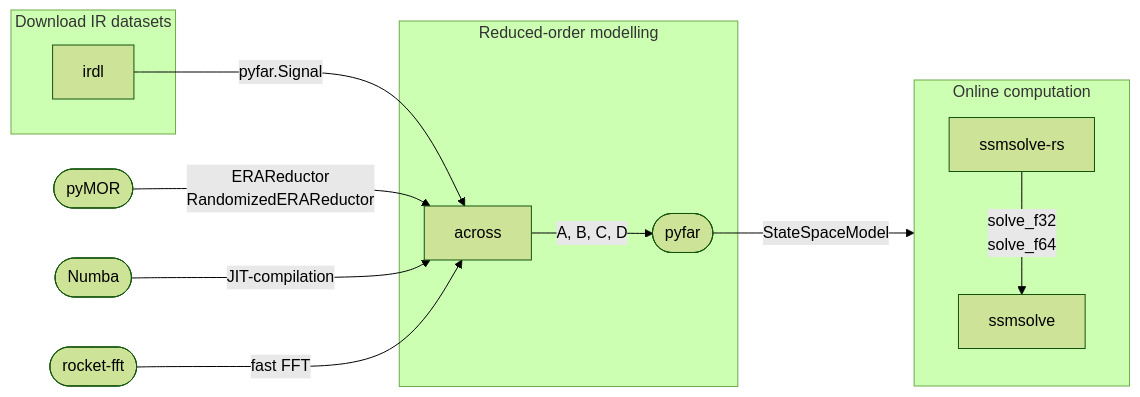
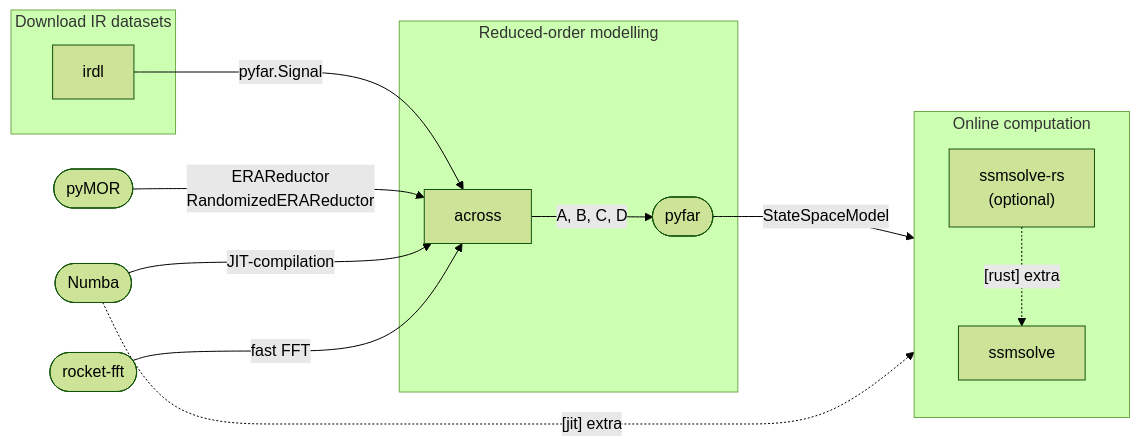
One commit to artpelling/ssm-tools changed the diagram in README.md. Above: the diagram before and after it, drawn with Mermaid (forest theme). The commit also changed other lines of this file and 3 other files, not shown here.

````diff
--- a/README.md
+++ b/README.md
@@ -25,38 +25,39 @@
 ```mermaid
 graph LR
     subgraph s1["Download IR datasets"]
         irdl["irdl"]
     end
 
     pymor([pyMOR])
     numba([Numba])
     rocket-fft([rocket-fft])
 
     subgraph s2["Reduced-order modelling"]
         across["across"]
         pyfar([pyfar])
     end
 
     subgraph s3["Online computation"]
         direction TB
-        ssmsolve-rs["ssmsolve-rs"]
+        ssmsolve-rs["ssmsolve-rs\n(optional)"]
         ssmsolve["ssmsolve"]
     end
 
     irdl -->|pyfar.Signal| across
     pymor -->|ERAReductor\nRandomizedERAReductor| across
-    numba --> |JIT-compilation| across
-    rocket-fft --> |fast FFT| across
+    numba -->|JIT-compilation| across
+    rocket-fft -->|fast FFT| across
     across -->|A, B, C, D| pyfar
     pyfar -->|StateSpaceModel| ssmsolve
-    ssmsolve-rs -->|solve_f32\nsolve_f64| ssmsolve
+    numba -.->|"[jit] extra"| ssmsolve
+    ssmsolve-rs -.->|"[rust] extra"| ssmsolve
 
-    click across "packages/across/README.md"
-    click ssmsolve "packages/ssmsolve/README.md"
-    click ssmsolve-rs "packages/ssmsolve-rs/README.md"
+    click across "packages/across/"
+    click ssmsolve "packages/ssmsolve/"
+    click ssmsolve-rs "packages/ssmsolve-rs/"
     click irdl "https://github.com/artpelling/irdl"
     click numba "https://numba.pydata.org"
     click rocket-fft "https://github.com/styfenschaer/rocket-fft"
     click pyfar "https://pyfar.org"
     click pymor "https://pymor.org"
 ```
````
